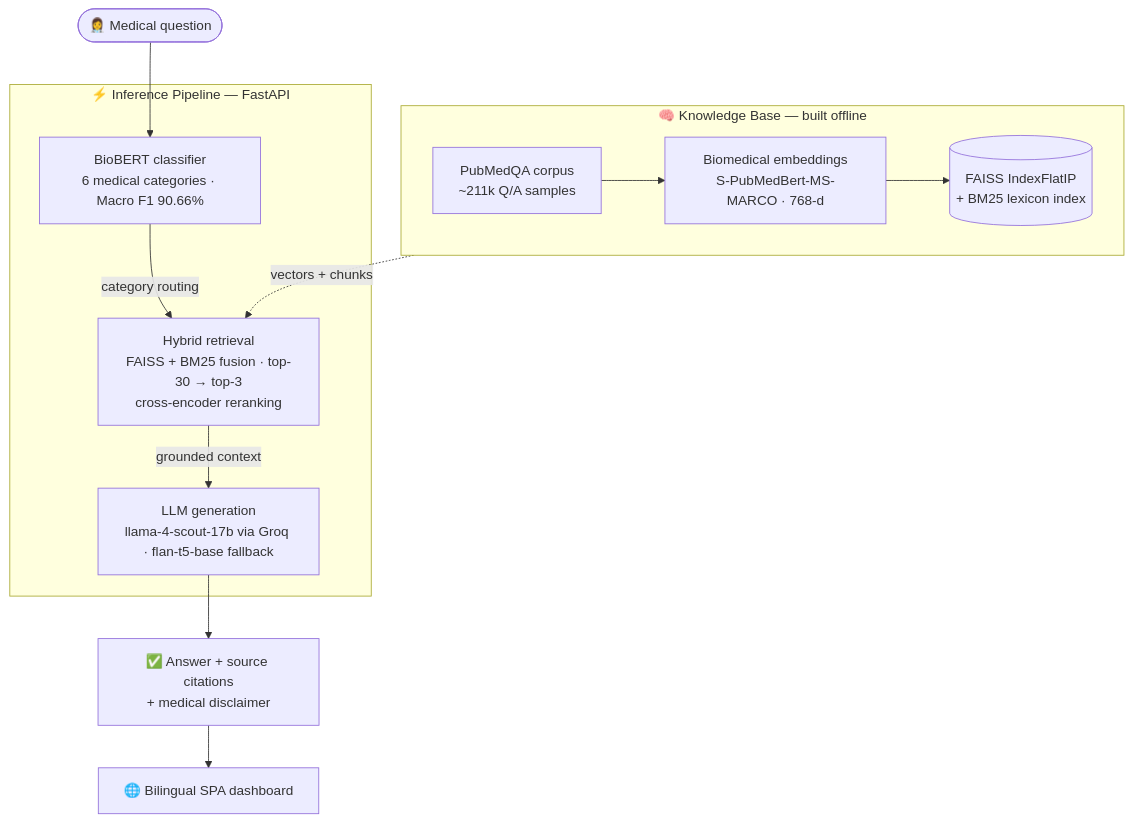
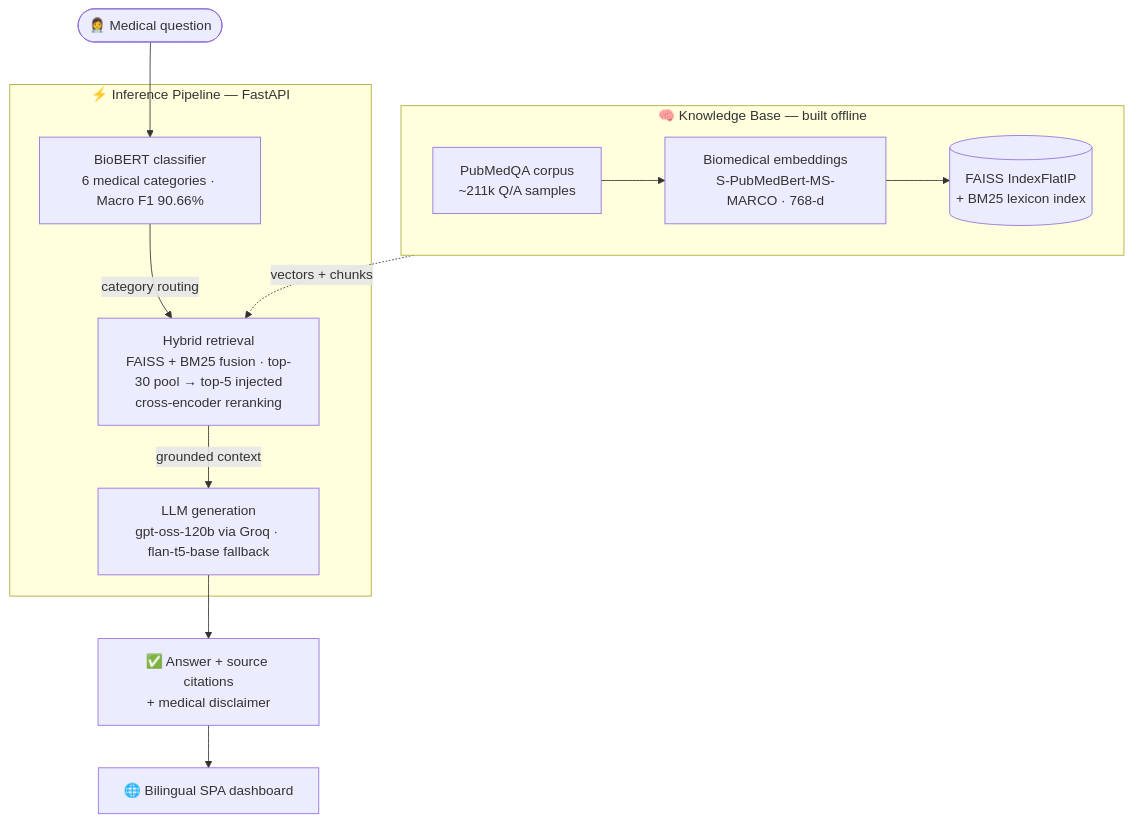
One commit to AbdelrahmanMatrix/Healthcare-RAG-Powered-Medical-QA-Assistant changed the diagram in README.md. Above: the diagram before and after it, drawn with Mermaid. The commit also changed other lines of this file and 9 other files, not shown here.

````diff
--- a/README.md
+++ b/README.md
@@ -135,23 +141,23 @@
 ```mermaid
 flowchart TB
     subgraph KB["🧠 Knowledge Base — built offline"]
         direction LR
         PUBMED["PubMedQA corpus<br/>~211k Q/A samples"] --> EMBED["Biomedical embeddings<br/>S-PubMedBert-MS-MARCO · 768-d"]
         EMBED --> INDEX[("FAISS IndexFlatIP<br/>+ BM25 lexicon index")]
     end
 
     Q(["👩‍⚕️ Medical question"]) --> CLS
 
     subgraph SERVE["⚡ Inference Pipeline — FastAPI"]
         CLS["BioBERT classifier<br/>6 medical categories · Macro F1 90.66%"]
-        RET["Hybrid retrieval<br/>FAISS + BM25 fusion · top-30 → top-3<br/>cross-encoder reranking"]
-        GEN["LLM generation<br/>llama-4-scout-17b via Groq · flan-t5-base fallback"]
+        RET["Hybrid retrieval<br/>FAISS + BM25 fusion · top-30 pool → top-5 injected<br/>cross-encoder reranking"]
+        GEN["LLM generation<br/>gpt-oss-120b via Groq · flan-t5-base fallback"]
         CLS -->|"category routing"| RET
         RET -->|"grounded context"| GEN
     end
 
     INDEX -.->|"vectors + chunks"| RET
 
     GEN --> OUT["✅ Answer + source citations<br/>+ medical disclaimer"]
     OUT --> UI["🌐 Bilingual SPA dashboard"]
 ```
````
